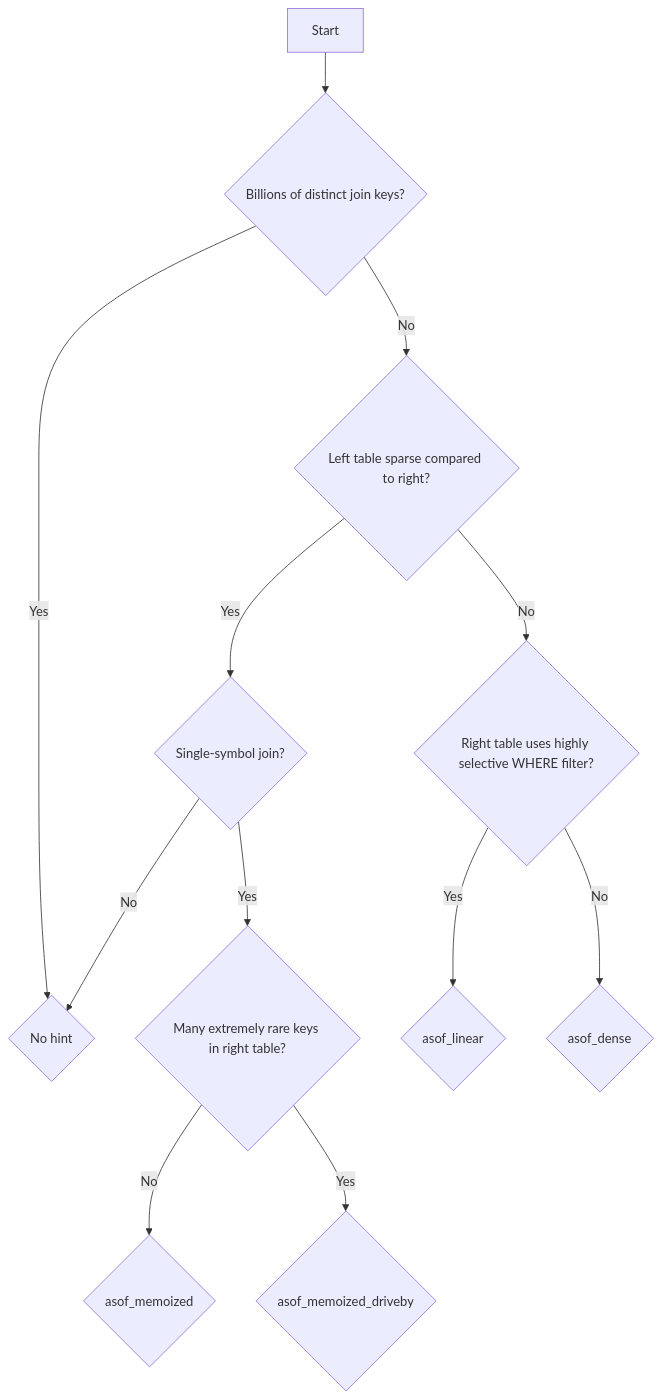
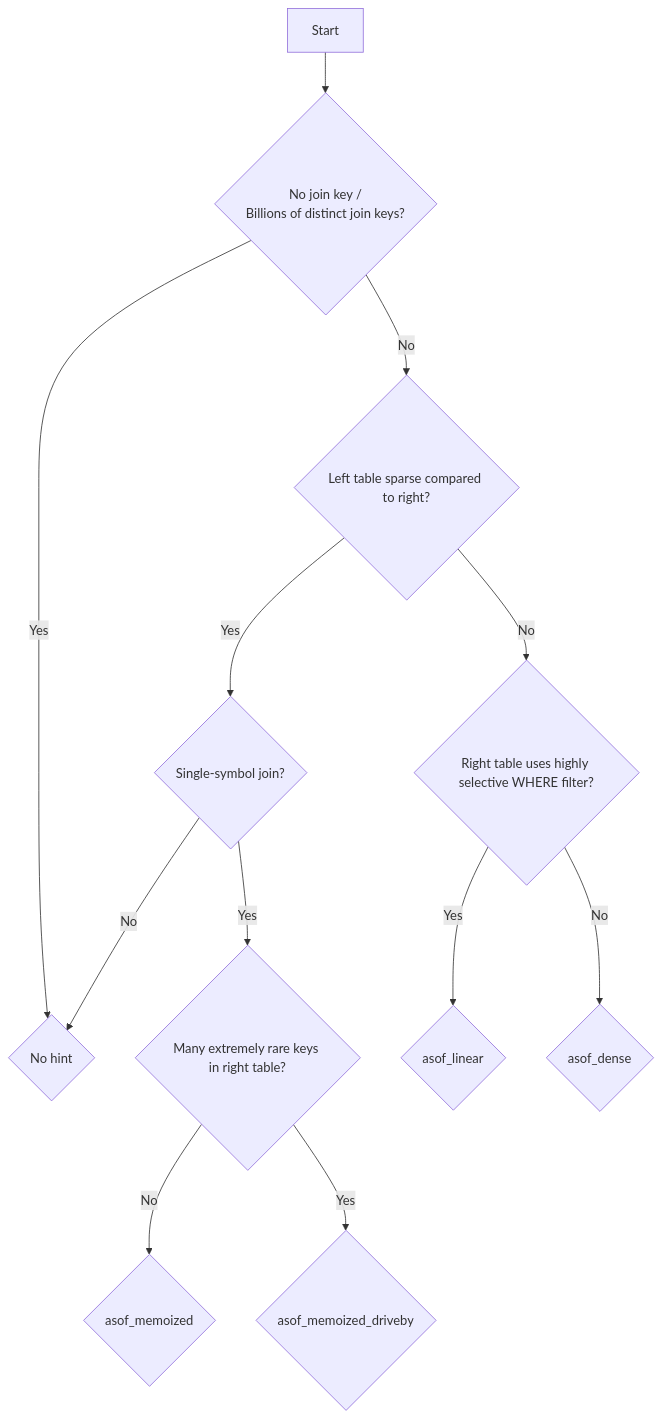
One commit to questdb/documentation changed the diagram in documentation/concept/sql-optimizer-hints.md. Above: the diagram before and after it, drawn with Mermaid.

Commit message:
Adjust decision tree

````diff
--- a/documentation/concept/sql-optimizer-hints.md
+++ b/documentation/concept/sql-optimizer-hints.md
@@ -80,14 +80,15 @@
 ```mermaid
 graph TD
-    A[Start] --> Q1{Billions of distinct join keys?}
+    A[Start] --> Q1{No join key /
+    Billions of distinct join keys?}
     Q1 --> |Yes| FAST{No hint}
     Q1 --> |No| Q2{Left table sparse compared to right?}
     Q2 --> |Yes| Q3{Single-symbol join?}
     Q2 --> |No| Q4{Right table uses highly selective WHERE filter?}
     Q3 --> |Yes| Q5{Many extremely rare keys in right table?}
     Q3 --> |No| FAST
     Q4 --> |Yes| LIGHT{asof_linear}
     Q4 --> |No| DENSE{asof_dense}
     Q5 --> |No| MEMOIZED{asof_memoized}
     Q5 --> |Yes| MEMOIZED_DRIVEBY{asof_memoized_driveby}
 ```
````
